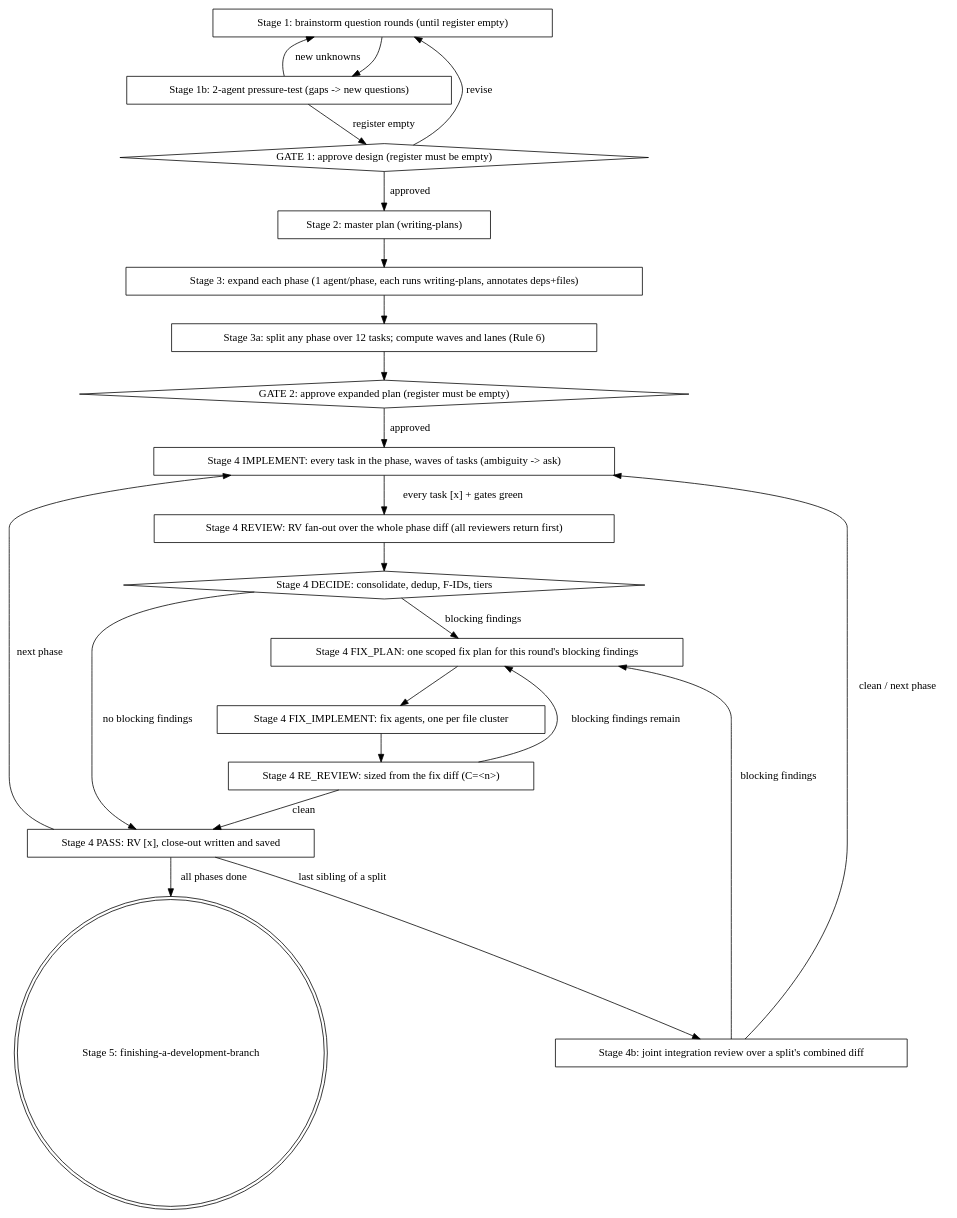
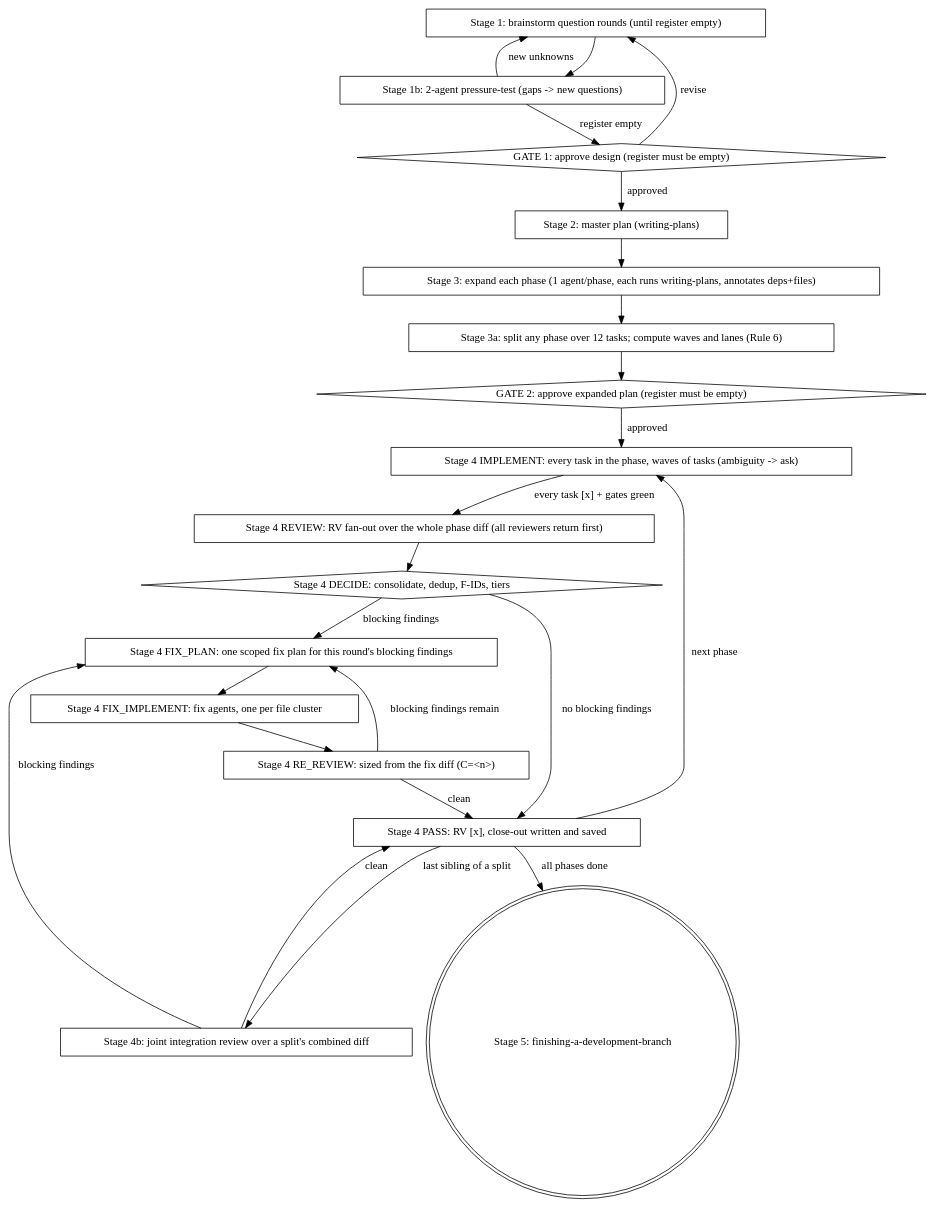
The diagram in plugins/superb/skills/pipeline/SKILL.md (kardebadas/claude-plugin), drawn with Graphviz before and after one commit. The commit also changed other lines of this file and 15 other files, not shown here.

````diff
--- a/plugins/superb/skills/pipeline/SKILL.md
+++ b/plugins/superb/skills/pipeline/SKILL.md
@@ -535,43 +535,43 @@
 ```dot
 digraph pipeline {
     "Stage 1: brainstorm question rounds (until register empty)" [shape=box];
     "Stage 1b: 2-agent pressure-test (gaps -> new questions)" [shape=box];
     "GATE 1: approve design (register must be empty)" [shape=diamond];
     "Stage 2: master plan (writing-plans)" [shape=box];
     "Stage 3: expand each phase (1 agent/phase, each runs writing-plans, annotates deps+files)" [shape=box];
     "Stage 3a: split any phase over 12 tasks; compute waves and lanes (Rule 6)" [shape=box];
     "GATE 2: approve expanded plan (register must be empty)" [shape=diamond];
     "Stage 4 IMPLEMENT: every task in the phase, waves of tasks (ambiguity -> ask)" [shape=box];
     "Stage 4 REVIEW: RV fan-out over the whole phase diff (all reviewers return first)" [shape=box];
     "Stage 4 DECIDE: consolidate, dedup, F-IDs, tiers" [shape=diamond];
     "Stage 4 FIX_PLAN: one scoped fix plan for this round's blocking findings" [shape=box];
     "Stage 4 FIX_IMPLEMENT: fix agents, one per file cluster" [shape=box];
     "Stage 4 RE_REVIEW: sized from the fix diff (C=<n>)" [shape=box];
     "Stage 4 PASS: RV [x], close-out written and saved" [shape=box];
     "Stage 4b: joint integration review over a split's combined diff" [shape=box];
     "Stage 5: finishing-a-development-branch" [shape=doublecircle];
 
     "Stage 1: brainstorm question rounds (until register empty)" -> "Stage 1b: 2-agent pressure-test (gaps -> new questions)";
     "Stage 1b: 2-agent pressure-test (gaps -> new questions)" -> "Stage 1: brainstorm question rounds (until register empty)" [label="new unknowns"];
     "Stage 1b: 2-agent pressure-test (gaps -> new questions)" -> "GATE 1: approve design (register must be empty)" [label="register empty"];
     "GATE 1: approve design (register must be empty)" -> "Stage 1: brainstorm question rounds (until register empty)" [label="revise"];
     "GATE 1: approve design (register must be empty)" -> "Stage 2: master plan (writing-plans)" [label="approved"];
     "Stage 2: master plan (writing-plans)" -> "Stage 3: expand each phase (1 agent/phase, each runs writing-plans, annotates deps+files)";
     "Stage 3: expand each phase (1 agent/phase, each runs writing-plans, annotates deps+files)" -> "Stage 3a: split any phase over 12 tasks; compute waves and lanes (Rule 6)";
     "Stage 3a: split any phase over 12 tasks; compute waves and lanes (Rule 6)" -> "GATE 2: approve expanded plan (register must be empty)";
     "GATE 2: approve expanded plan (register must be empty)" -> "Stage 4 IMPLEMENT: every task in the phase, waves of tasks (ambiguity -> ask)" [label="approved"];
     "Stage 4 IMPLEMENT: every task in the phase, waves of tasks (ambiguity -> ask)" -> "Stage 4 REVIEW: RV fan-out over the whole phase diff (all reviewers return first)" [label="every task [x] + gates green"];
     "Stage 4 REVIEW: RV fan-out over the whole phase diff (all reviewers return first)" -> "Stage 4 DECIDE: consolidate, dedup, F-IDs, tiers";
     "Stage 4 DECIDE: consolidate, dedup, F-IDs, tiers" -> "Stage 4 PASS: RV [x], close-out written and saved" [label="no blocking findings"];
     "Stage 4 DECIDE: consolidate, dedup, F-IDs, tiers" -> "Stage 4 FIX_PLAN: one scoped fix plan for this round's blocking findings" [label="blocking findings"];
     "Stage 4 FIX_PLAN: one scoped fix plan for this round's blocking findings" -> "Stage 4 FIX_IMPLEMENT: fix agents, one per file cluster";
     "Stage 4 FIX_IMPLEMENT: fix agents, one per file cluster" -> "Stage 4 RE_REVIEW: sized from the fix diff (C=<n>)";
     "Stage 4 RE_REVIEW: sized from the fix diff (C=<n>)" -> "Stage 4 FIX_PLAN: one scoped fix plan for this round's blocking findings" [label="blocking findings remain"];
     "Stage 4 RE_REVIEW: sized from the fix diff (C=<n>)" -> "Stage 4 PASS: RV [x], close-out written and saved" [label="clean"];
     "Stage 4 PASS: RV [x], close-out written and saved" -> "Stage 4b: joint integration review over a split's combined diff" [label="last sibling of a split"];
     "Stage 4b: joint integration review over a split's combined diff" -> "Stage 4 FIX_PLAN: one scoped fix plan for this round's blocking findings" [label="blocking findings"];
-    "Stage 4b: joint integration review over a split's combined diff" -> "Stage 4 IMPLEMENT: every task in the phase, waves of tasks (ambiguity -> ask)" [label="clean / next phase"];
+    "Stage 4b: joint integration review over a split's combined diff" -> "Stage 4 PASS: RV [x], close-out written and saved" [label="clean"];
     "Stage 4 PASS: RV [x], close-out written and saved" -> "Stage 4 IMPLEMENT: every task in the phase, waves of tasks (ambiguity -> ask)" [label="next phase"];
     "Stage 4 PASS: RV [x], close-out written and saved" -> "Stage 5: finishing-a-development-branch" [label="all phases done"];
 }
 ```
````
